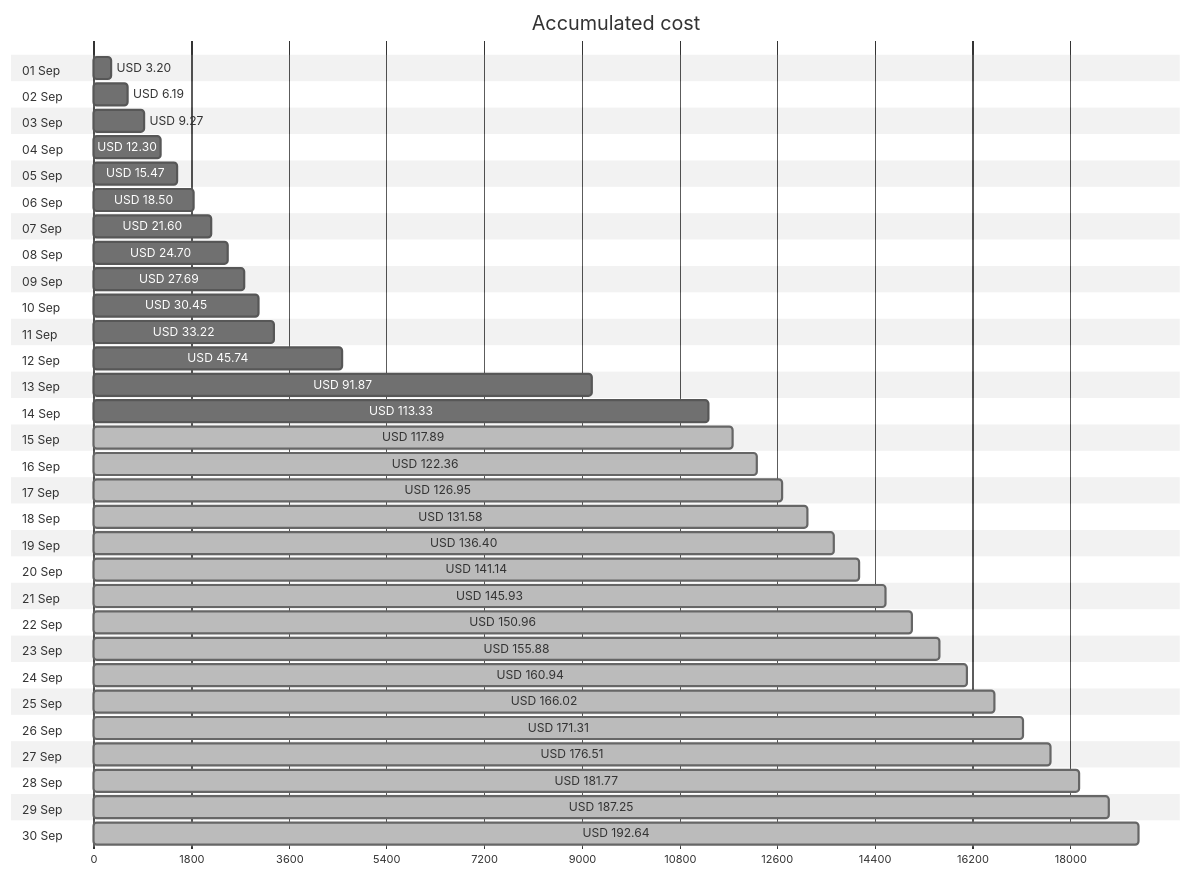
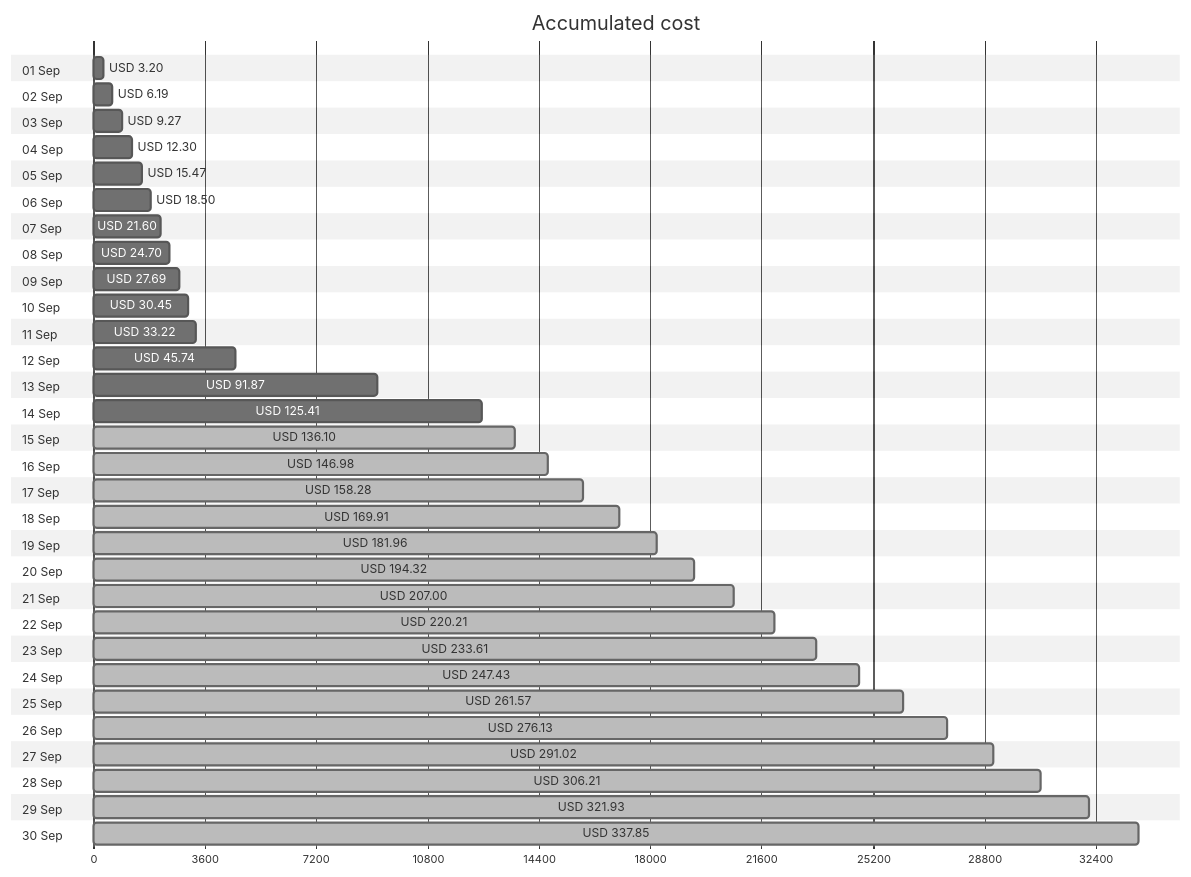
Before and after one commit to jpfulton/azure-personal-reports: the first of 4 diagrams in cost-reports/personal-network/resource-group-summary.md, drawn with Mermaid (neutral theme). The commit also changed other lines of this file and 37 other files, not shown here.

````diff
--- a/cost-reports/personal-network/resource-group-summary.md
+++ b/cost-reports/personal-network/resource-group-summary.md
@@ -20,66 +20,66 @@
 ```mermaid
 gantt
    title Accumulated cost
    dateFormat  X
    axisFormat %s
    section 01 Sep
    USD 3.20 :0, 320
    section 02 Sep
    USD 6.19 :0, 619
    section 03 Sep
    USD 9.27 :0, 927
    section 04 Sep
    USD 12.30 :0, 1230
    section 05 Sep
    USD 15.47 :0, 1547
    section 06 Sep
    USD 18.50 :0, 1850
    section 07 Sep
    USD 21.60 :0, 2160
    section 08 Sep
    USD 24.70 :0, 2470
    section 09 Sep
    USD 27.69 :0, 2769
    section 10 Sep
    USD 30.45 :0, 3045
    section 11 Sep
    USD 33.22 :0, 3322
    section 12 Sep
    USD 45.74 :0, 4574
    section 13 Sep
    USD 91.87 :0, 9187
    section 14 Sep
-   USD 113.33 :0, 11333
+   USD 125.41 :0, 12541
    section 15 Sep
-   USD 117.89 : done, 0, 11789
+   USD 136.10 : done, 0, 13610
    section 16 Sep
-   USD 122.36 : done, 0, 12236
+   USD 146.98 : done, 0, 14698
    section 17 Sep
-   USD 126.95 : done, 0, 12695
+   USD 158.28 : done, 0, 15828
    section 18 Sep
-   USD 131.58 : done, 0, 13158
+   USD 169.91 : done, 0, 16991
    section 19 Sep
-   USD 136.40 : done, 0, 13640
+   USD 181.96 : done, 0, 18196
    section 20 Sep
-   USD 141.14 : done, 0, 14114
+   USD 194.32 : done, 0, 19432
    section 21 Sep
-   USD 145.93 : done, 0, 14593
+   USD 207.00 : done, 0, 20700
    section 22 Sep
-   USD 150.96 : done, 0, 15096
+   USD 220.21 : done, 0, 22021
    section 23 Sep
-   USD 155.88 : done, 0, 15588
+   USD 233.61 : done, 0, 23361
    section 24 Sep
-   USD 160.94 : done, 0, 16094
+   USD 247.43 : done, 0, 24743
    section 25 Sep
-   USD 166.02 : done, 0, 16602
+   USD 261.57 : done, 0, 26157
    section 26 Sep
-   USD 171.31 : done, 0, 17131
+   USD 276.13 : done, 0, 27613
    section 27 Sep
-   USD 176.51 : done, 0, 17651
+   USD 291.02 : done, 0, 29102
    section 28 Sep
-   USD 181.77 : done, 0, 18177
+   USD 306.21 : done, 0, 30621
    section 29 Sep
-   USD 187.25 : done, 0, 18725
+   USD 321.93 : done, 0, 32193
    section 30 Sep
-   USD 192.64 : done, 0, 19264
+   USD 337.85 : done, 0, 33785
 ```
````
